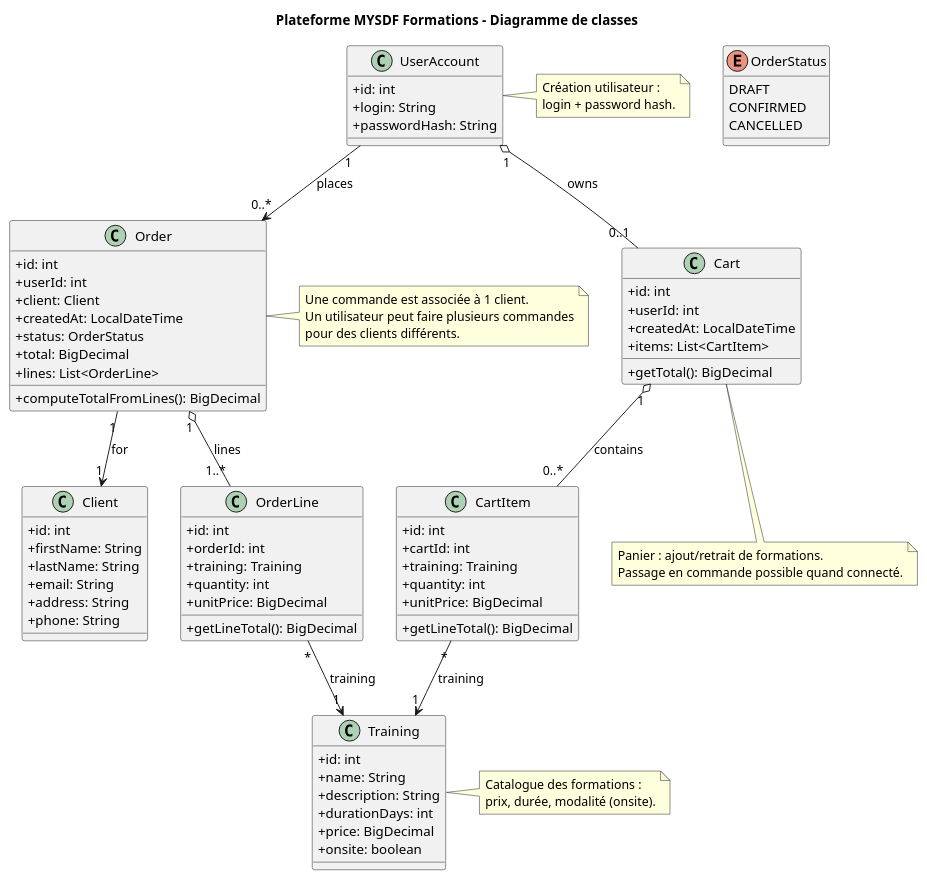
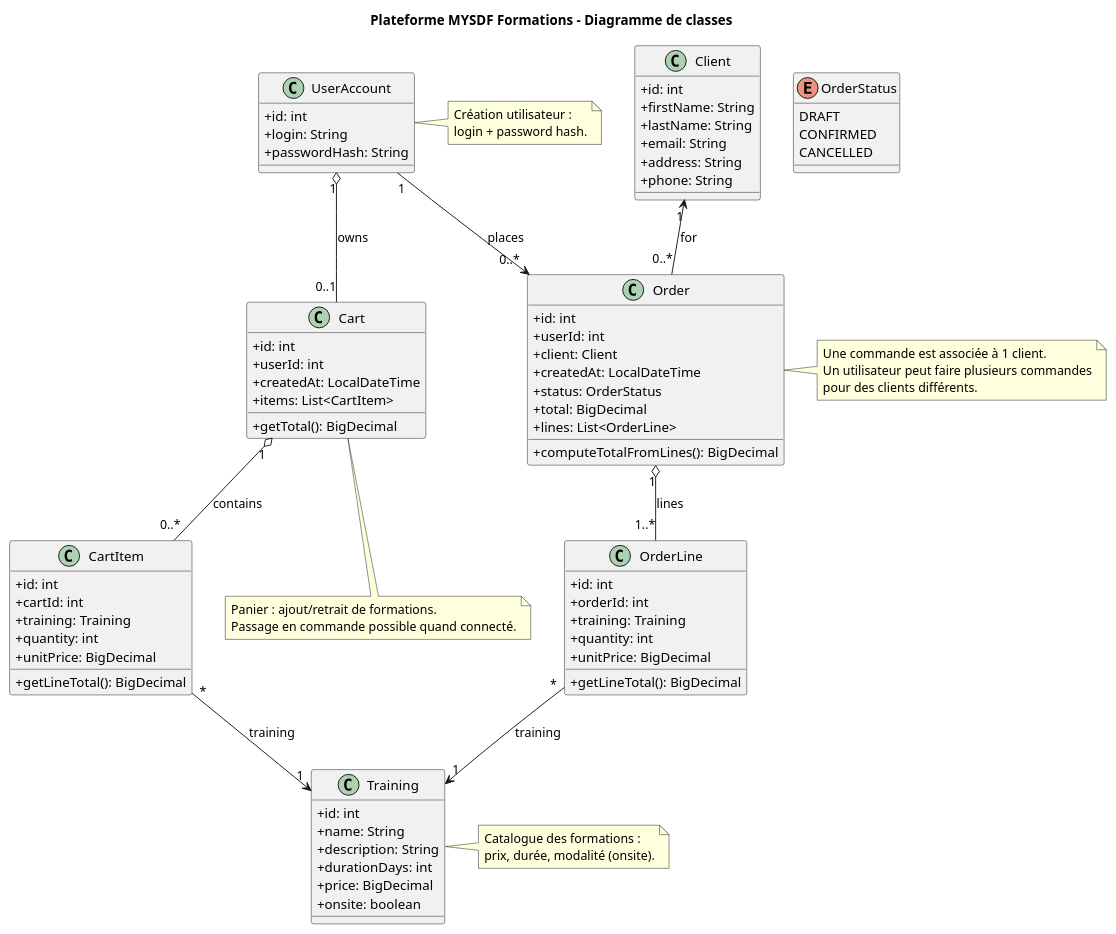
The diagram in src/main/resources/uml/classDiagram.puml (MarieLorraineFMS/eval-java), drawn with PlantUML before and after one commit. The commit also changed 1 other file, not shown here.

Commit message:
UML : Minor fixes after eval

```diff
--- a/src/main/resources/uml/classDiagram.puml
+++ b/src/main/resources/uml/classDiagram.puml
@@ -1,112 +1,112 @@
 @startuml Class Diagram
 title Plateforme MYSDF Formations - Diagramme de classes
 skinparam classAttributeIconSize 0
 
 ' ====== Enums ======
 enum OrderStatus {
   DRAFT
   CONFIRMED
   CANCELLED
 }
 
 ' ====== Entities ======
 class Training {
   +id: int
   +name: String
   +description: String
   +durationDays: int
   +price: BigDecimal
   +onsite: boolean
 }
 
 class UserAccount {
   +id: int
   +login: String
   +passwordHash: String
 }
 
 class Client {
   +id: int
   +firstName: String
   +lastName: String
   +email: String
   +address: String
   +phone: String
 }
 
 class Cart {
   +id: int
   +userId: int
   +createdAt: LocalDateTime
   +items: List<CartItem>
   +getTotal(): BigDecimal
 }
 
 class CartItem {
   +id: int
   +cartId: int
   +training: Training
   +quantity: int
   +unitPrice: BigDecimal
   +getLineTotal(): BigDecimal
 }
 
 class Order {
   +id: int
   +userId: int
   +client: Client
   +createdAt: LocalDateTime
   +status: OrderStatus
   +total: BigDecimal
   +lines: List<OrderLine>
   +computeTotalFromLines(): BigDecimal
 }
 
 class OrderLine {
   +id: int
   +orderId: int
   +training: Training
   +quantity: int
   +unitPrice: BigDecimal
   +getLineTotal(): BigDecimal
 }
 
 ' ====== Associations ======
 ' A logged-in user can have an active cart
 UserAccount "1" o-- "0..1" Cart : owns
 
 Cart "1" o-- "0..*" CartItem : contains
 CartItem "*" --> "1" Training : training
 
 ' Orders : a user can place many orders
 UserAccount "1" --> "0..*" Order : places
 
-' Each order is for one client
-Order "1" --> "1" Client : for
+' Each order is for exactly one client
+Client "1" <-- "0..*" Order : for
 
 Order "1" o-- "1..*" OrderLine : lines
 OrderLine "*" --> "1" Training : training
 
 ' ====== Notes ======
 note right of UserAccount
 Création utilisateur :
 login + password hash.
 end note
 
 note right of Training
 Catalogue des formations :
 prix, durée, modalité (onsite).
 end note
 
 note right of Order
 Une commande est associée à 1 client.
 Un utilisateur peut faire plusieurs commandes
 pour des clients différents.
 end note
 
 note bottom of Cart
 Panier : ajout/retrait de formations.
 Passage en commande possible quand connecté.
 end note
 
 @enduml
```
